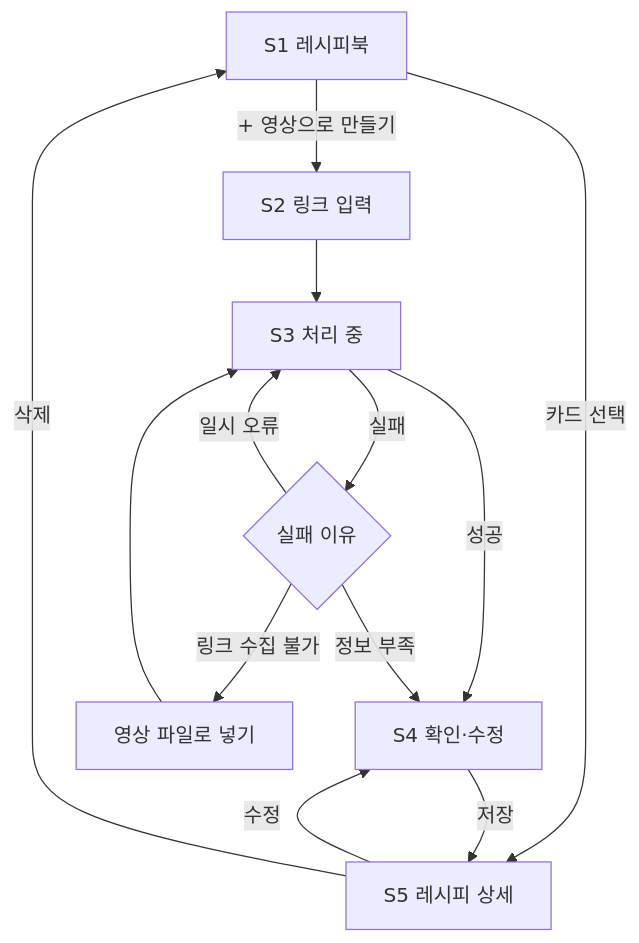
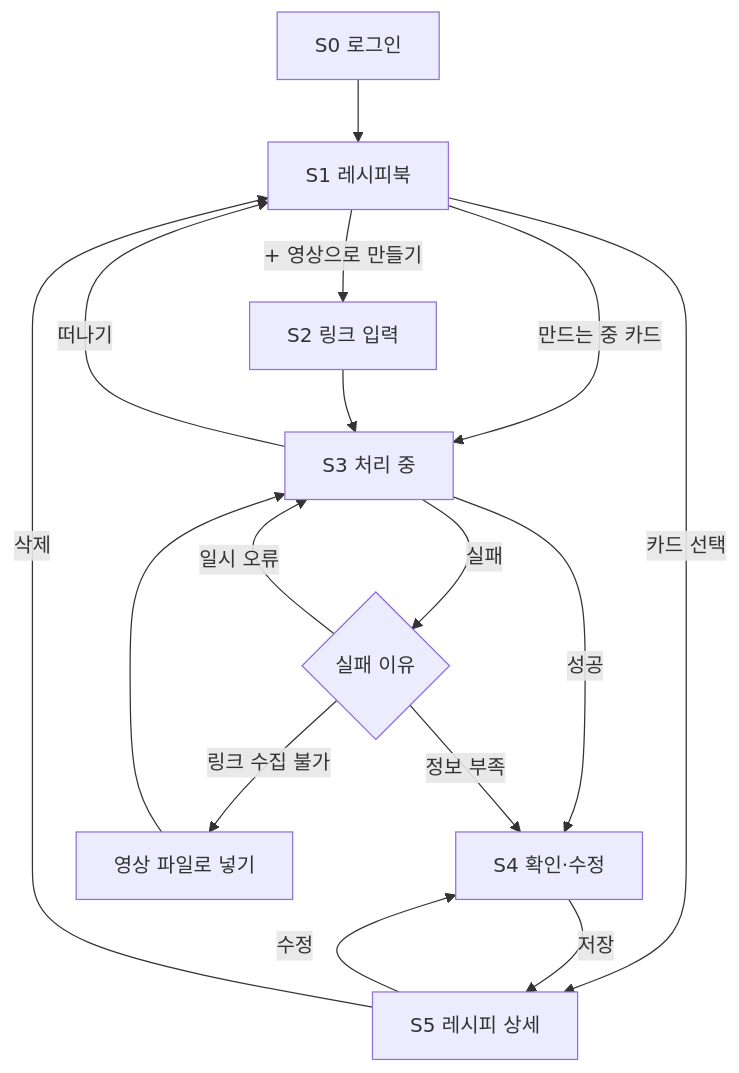
The diagram in docs/ux-flow.md (pbl-applied-ai/applied-ai), drawn with Mermaid before and after one commit. The commit also changed other lines of this file, not shown here.

First line of the commit message:
docs: UX 플로우 v0.3 (#4 리뷰 답변 반영) (#6)

````diff
--- a/docs/ux-flow.md
+++ b/docs/ux-flow.md
@@ -30,15 +33,18 @@
 ```mermaid
 flowchart TD
-  Book[S1 레시피북] -->|+ 영상으로 만들기| Input[S2 링크 입력]
+  Login[S0 로그인] --> Book[S1 레시피북]
+  Book -->|+ 영상으로 만들기| Input[S2 링크 입력]
   Book -->|카드 선택| Detail[S5 레시피 상세]
+  Book -->|만드는 중 카드| Proc
   Input --> Proc[S3 처리 중]
+  Proc -->|떠나기| Book
   Proc -->|성공| Review[S4 확인·수정]
   Proc -->|실패| Fail{실패 이유}
   Fail -->|일시 오류| Proc
   Fail -->|링크 수집 불가| Upload[영상 파일로 넣기]
   Upload --> Proc
   Fail -->|정보 부족| Review
   Review -->|저장| Detail
   Detail -->|수정| Review
   Detail -->|삭제| Book
 ```
````
